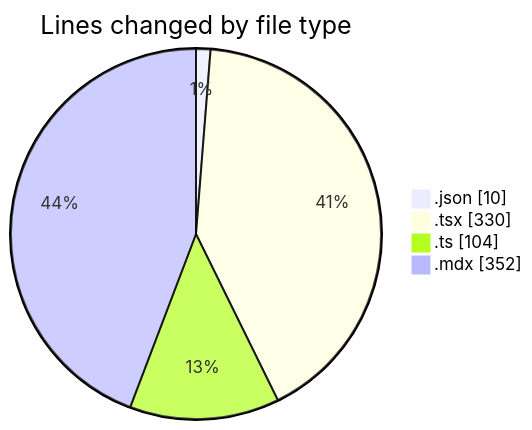
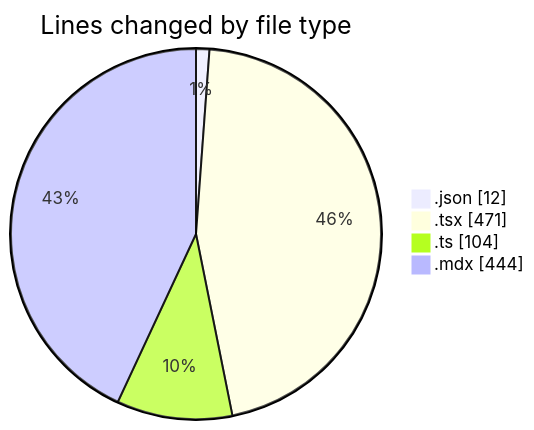
Before and after one commit to Elitesun/code-tracking: the first of 2 diagrams in 2025-05-01/niten/README.md, drawn with Mermaid. The commit also changed other lines of this file and 1 other file, not shown here.

````diff
--- a/2025-05-01/niten/README.md
+++ b/2025-05-01/niten/README.md
@@ -30,8 +31,8 @@
 ```mermaid
 pie showData
 title Lines changed by file type
-".json" : 10
-".tsx" : 330
+".json" : 12
+".tsx" : 471
 ".ts" : 104
-".mdx" : 352
+".mdx" : 444
 ```
````
